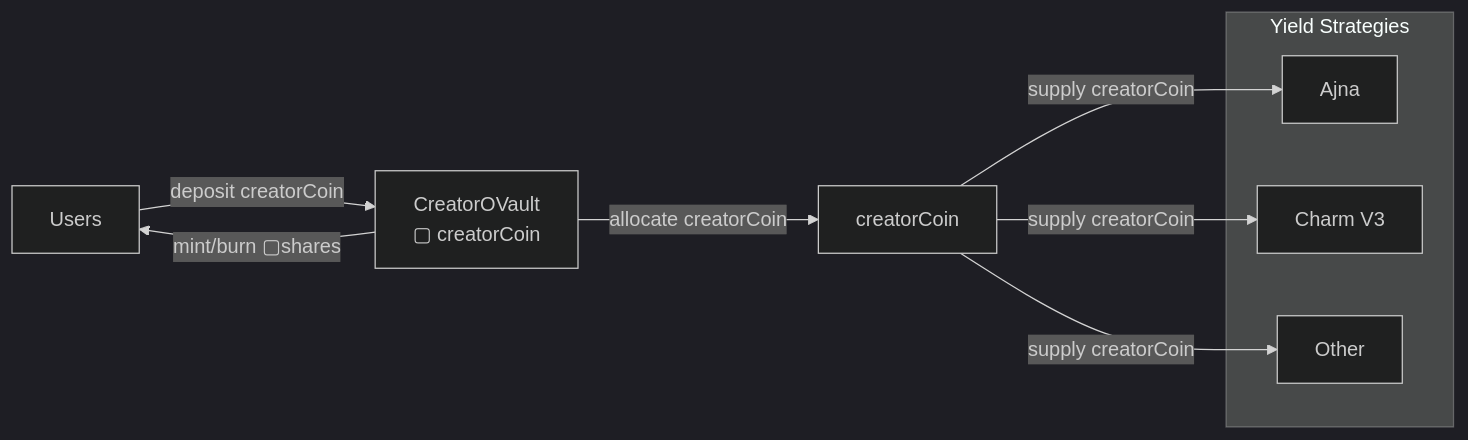
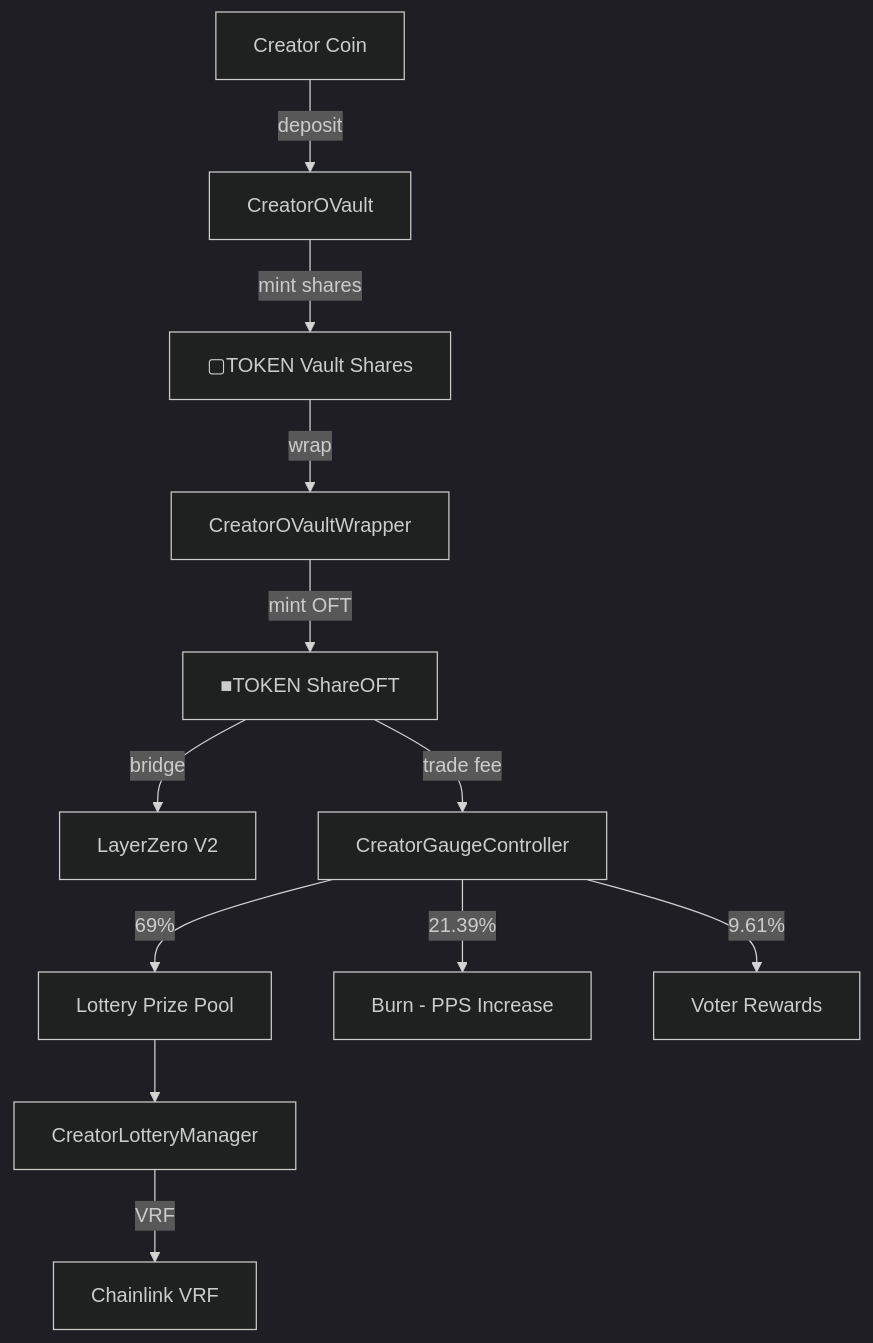
The diagram in docs/overview/architecture.md (4626fun/4626), drawn with Mermaid (dark theme) before and after one commit. The commit also changed other lines of this file and 67 other files, not shown here.

````diff
--- a/docs/overview/architecture.md
+++ b/docs/overview/architecture.md
@@ -21,20 +20,14 @@
 ```mermaid
-flowchart LR
-    U[Users]
-    V[CreatorOVault<br/>▢ creatorCoin]
-    C[creatorCoin]
-
-    subgraph Strategies["Yield Strategies"]
-        A[Ajna]
-        CH[Charm V3]
-        O[Other]
-    end
-
-    U -->|deposit creatorCoin| V
-    V -->|mint/burn ▢shares| U
-
-    V -->|allocate creatorCoin| C
-    C -->|supply creatorCoin| A
-    C -->|supply creatorCoin| CH
-    C -->|supply creatorCoin| O
+graph TD
+    A[Creator Coin] -->|deposit| B[CreatorOVault]
+    B -->|mint shares| C[▢TOKEN Vault Shares]
+    C -->|wrap| D[CreatorOVaultWrapper]
+    D -->|mint OFT| E[■TOKEN ShareOFT]
+    E -->|bridge| F[LayerZero V2]
+    E -->|trade fee| G[CreatorGaugeController]
+    G -->|69%| H[Lottery Prize Pool]
+    G -->|21.39%| I[Burn - PPS Increase]
+    G -->|9.61%| J[Voter Rewards]
+    H --> K[CreatorLotteryManager]
+    K -->|VRF| L[Chainlink VRF]
 ```
````
